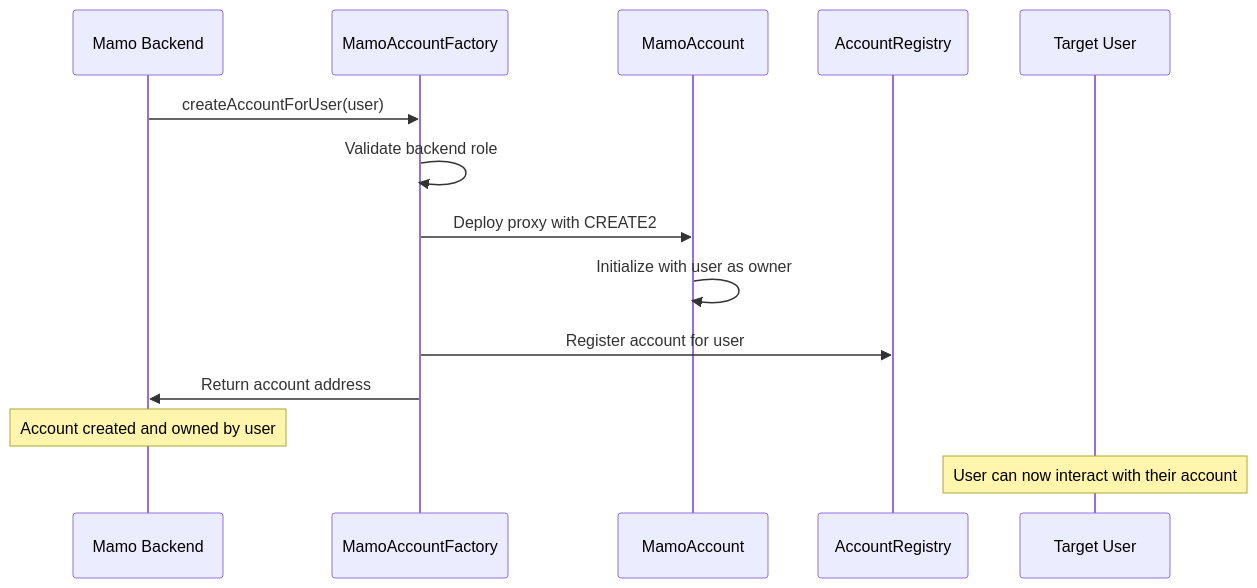
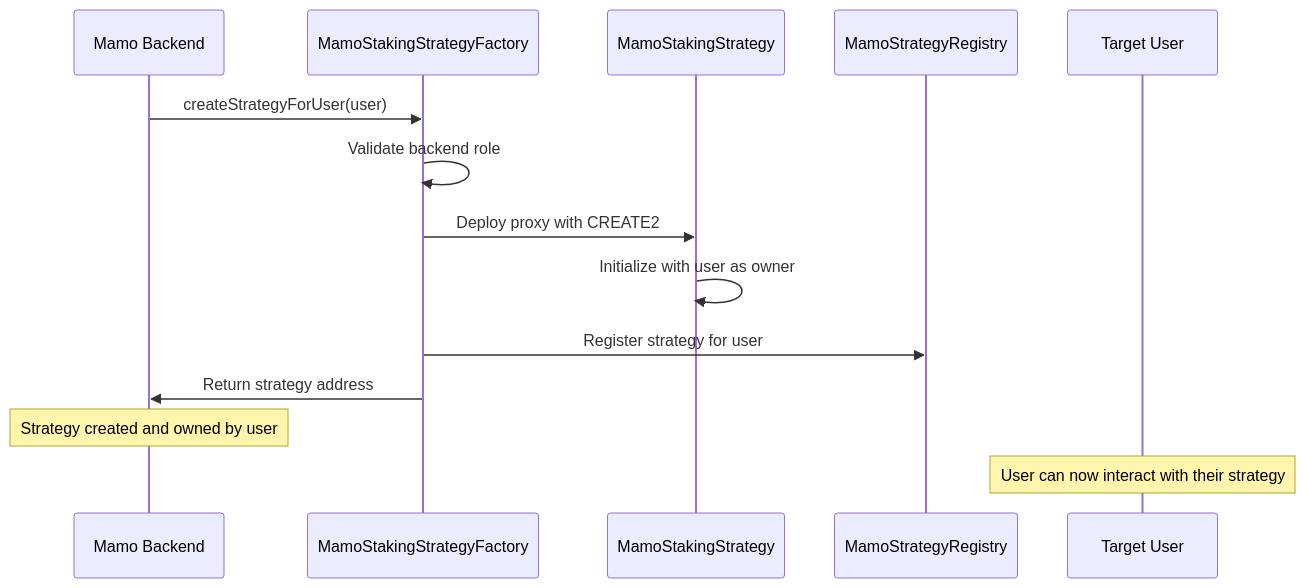
One commit to moonwell-fi/mamo-contracts changed the fifth of 6 diagrams in docs/MAMO_STAKING_ARCHITECTURE.md. Above: the diagram before and after it, drawn with Mermaid. The commit also changed other lines of this file and 2 other files, not shown here.

First line of the commit message:
refactor: remove deprecated MamoAccount model, update staking architecture

````diff
--- a/docs/MAMO_STAKING_ARCHITECTURE.md
+++ b/docs/MAMO_STAKING_ARCHITECTURE.md
@@ -663,18 +322,18 @@
 ```mermaid
 sequenceDiagram
     participant Backend as Mamo Backend
-    participant Factory as MamoAccountFactory
-    participant Account as MamoAccount
-    participant Registry as AccountRegistry
+    participant Factory as MamoStakingStrategyFactory
+    participant Strategy as MamoStakingStrategy
+    participant Registry as MamoStrategyRegistry
     participant User as Target User
 
-    Backend->>Factory: createAccountForUser(user)
+    Backend->>Factory: createStrategyForUser(user)
     Factory->>Factory: Validate backend role
-    Factory->>Account: Deploy proxy with CREATE2
-    Account->>Account: Initialize with user as owner
-    Factory->>Registry: Register account for user
-    Factory->>Backend: Return account address
+    Factory->>Strategy: Deploy proxy with CREATE2
+    Strategy->>Strategy: Initialize with user as owner
+    Factory->>Registry: Register strategy for user
+    Factory->>Backend: Return strategy address
     
-    Note over Backend: Account created and owned by user
-    Note over User: User can now interact with their account
+    Note over Backend: Strategy created and owned by user
+    Note over User: User can now interact with their strategy
 ```
````
